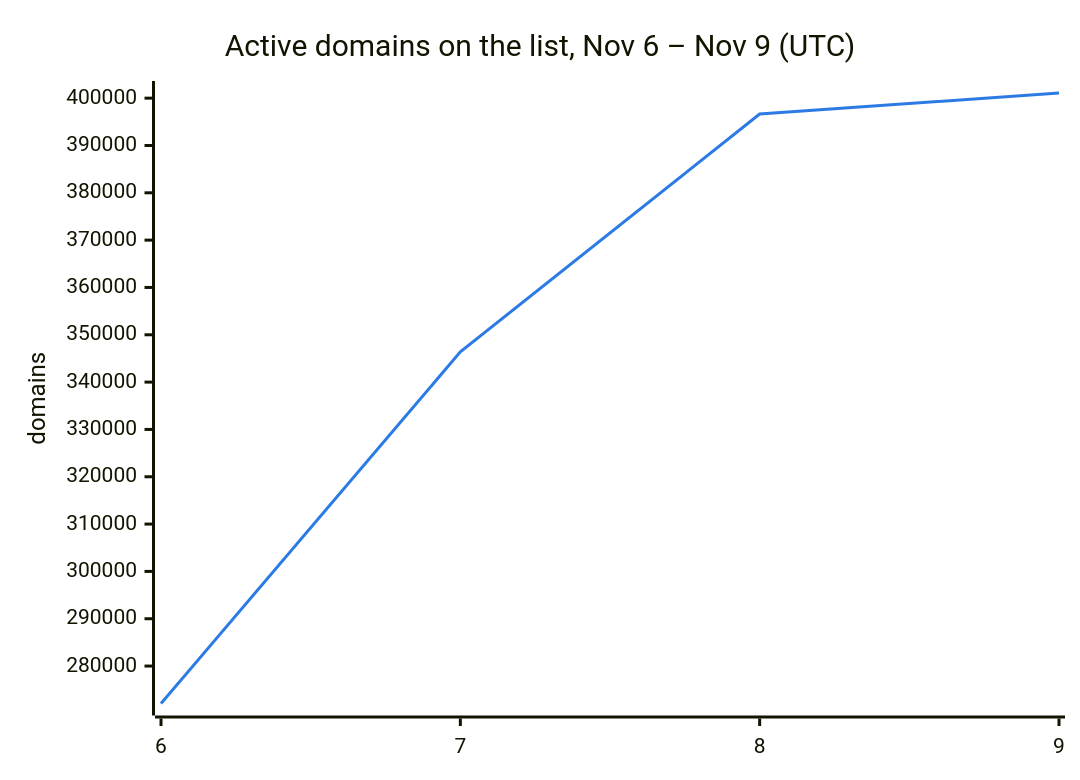
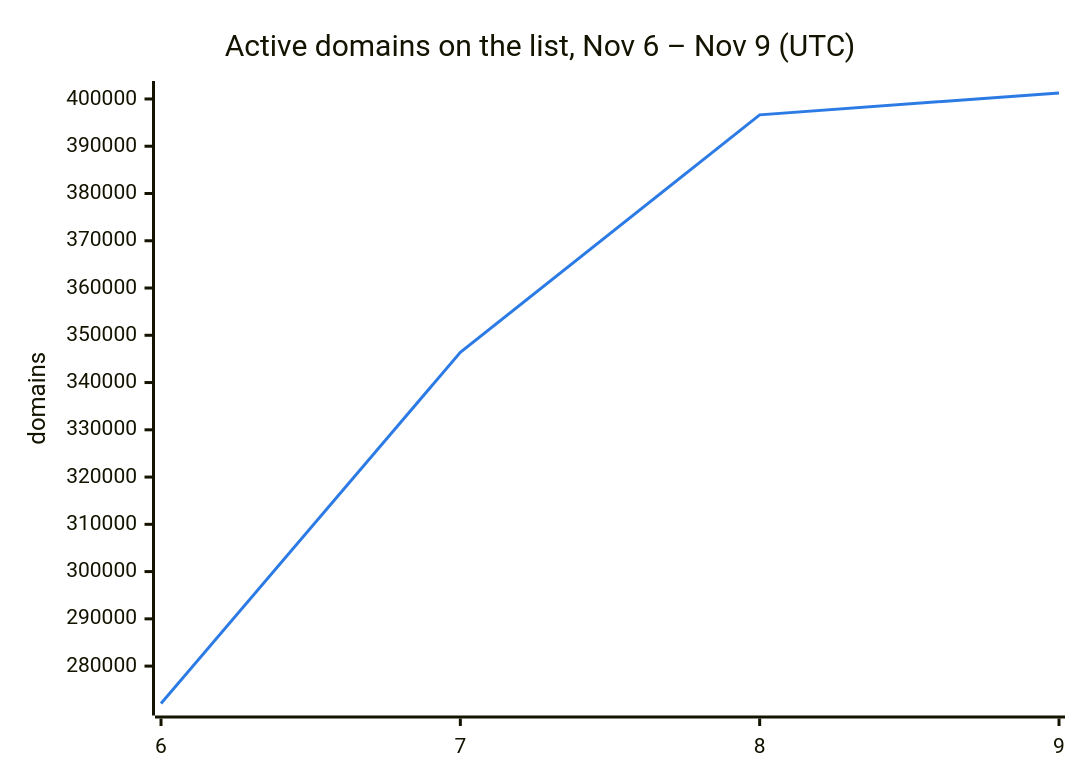
One commit to DNSBunker/CTI changed the second of 3 diagrams in README.md. Above: the diagram before and after it, drawn with Mermaid. The commit also changed other lines of this file and 3 other files, not shown here.

````diff
--- a/README.md
+++ b/README.md
@@ -38,8 +38,8 @@
 ```mermaid
 %%{init: {"themeVariables": {"xyChart": {"plotColorPalette": "#2c7be5"}}}}%%
 xychart-beta
     title "Active domains on the list, Nov 6 – Nov 9 (UTC)"
     x-axis ["6", "7", "8", "9"]
     y-axis "domains"
-    line [272088, 346388, 396638, 401090]
+    line [272088, 346388, 396638, 401263]
 ```
````
